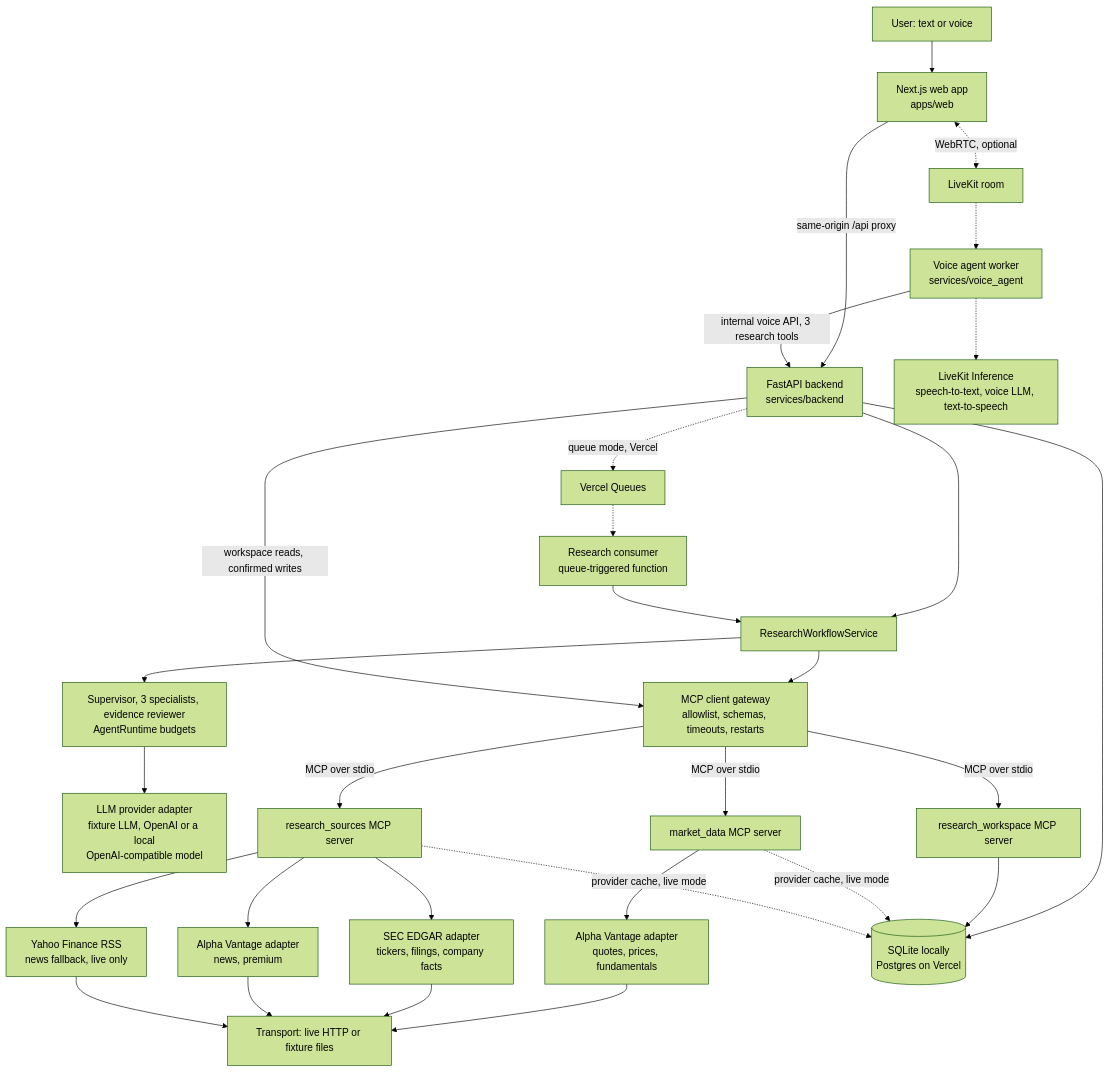
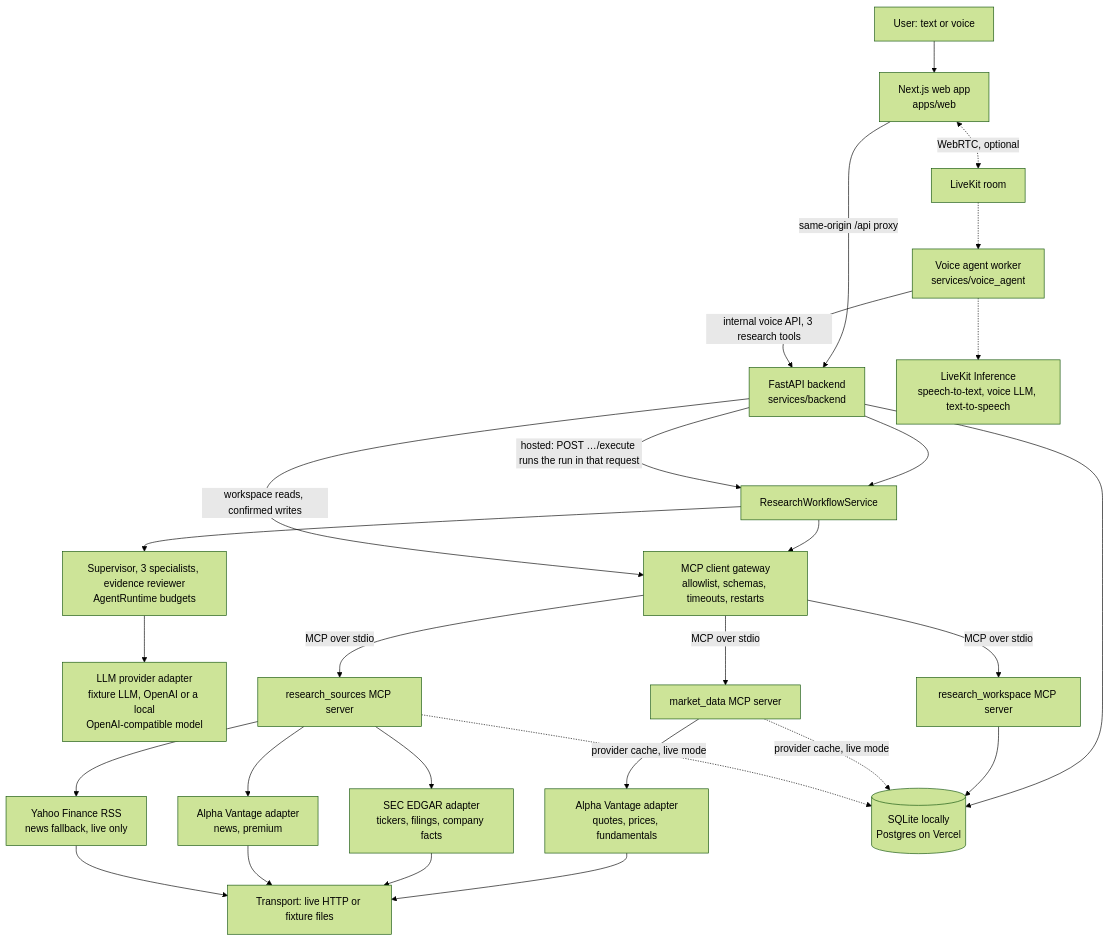
Before and after one commit to sumansurvi/MarketLens: the first of 2 diagrams in architecture.md, drawn with Mermaid (forest theme). The commit also changed other lines of this file and 19 other files, not shown here.

````diff
--- a/architecture.md
+++ b/architecture.md
@@ -31,32 +31,30 @@
 ```mermaid
 flowchart TD
   U[User: text or voice] --> W[Next.js web app<br/>apps/web]
   W -->|same-origin /api proxy| B[FastAPI backend<br/>services/backend]
   W <-. WebRTC, optional .-> LK[LiveKit room]
   LK -.-> VA[Voice agent worker<br/>services/voice_agent]
   VA -.-> LKI[LiveKit Inference<br/>speech-to-text, voice LLM, text-to-speech]
   VA -->|internal voice API, 3 research tools| B
   B --> RW[ResearchWorkflowService]
   RW --> AG[Supervisor, 3 specialists, evidence reviewer<br/>AgentRuntime budgets]
   AG --> LLM[LLM provider adapter<br/>fixture LLM, OpenAI or a local<br/>OpenAI-compatible model]
   RW --> GW[MCP client gateway<br/>allowlist, schemas, timeouts, restarts]
   B -->|workspace reads, confirmed writes| GW
   GW -->|MCP over stdio| MD[market_data MCP server]
   GW -->|MCP over stdio| RS[research_sources MCP server]
   GW -->|MCP over stdio| WS[research_workspace MCP server]
   MD --> AV[Alpha Vantage adapter<br/>quotes, prices, fundamentals]
   RS --> SEC[SEC EDGAR adapter<br/>tickers, filings, company facts]
   RS --> AVN[Alpha Vantage adapter<br/>news, premium]
   RS --> YN[Yahoo Finance RSS<br/>news fallback, live only]
   AV --> T[Transport: live HTTP or fixture files]
   SEC --> T
   AVN --> T
   YN --> T
   B --> DB[(SQLite locally<br/>Postgres on Vercel)]
-  B -.->|queue mode, Vercel| Q[Vercel Queues]
-  Q -.-> RC[Research consumer<br/>queue-triggered function]
-  RC --> RW
+  B -->|hosted: POST …/execute runs the run in that request| RW
   WS --> DB
   MD -.->|provider cache, live mode| DB
   RS -.->|provider cache, live mode| DB
 ```
````
